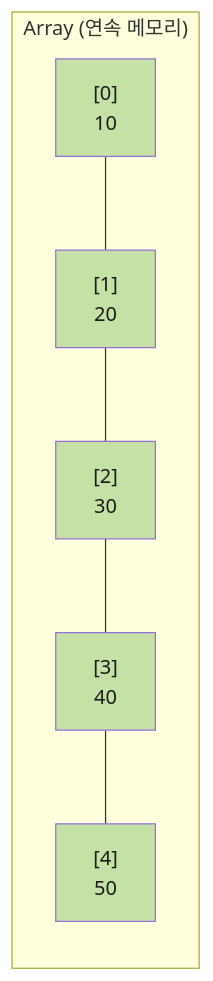
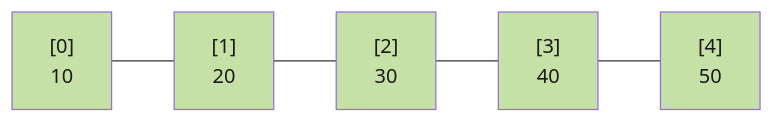
The first of 8 diagrams in apps/devblog/content/posts/array-linkedlist.mdx (Cllaude99/cllaude99_labs), drawn with Mermaid before and after one commit. The commit also changed other lines of this file, not shown here.

Commit message:
chore: 머메이드 가로축으로 수정

````diff
--- a/apps/devblog/content/posts/array-linkedlist.mdx
+++ b/apps/devblog/content/posts/array-linkedlist.mdx
@@ -17,12 +17,10 @@
 ```mermaid
 graph LR
-    subgraph Array["Array (연속 메모리)"]
-        A0["[0]<br/>10"] --- A1["[1]<br/>20"] --- A2["[2]<br/>30"] --- A3["[3]<br/>40"] --- A4["[4]<br/>50"]
-    end
+    A0["[0]<br/>10"] --- A1["[1]<br/>20"] --- A2["[2]<br/>30"] --- A3["[3]<br/>40"] --- A4["[4]<br/>50"]
 
     style A0 fill:#c5e1a5,color:#1a1a1a
     style A1 fill:#c5e1a5,color:#1a1a1a
     style A2 fill:#c5e1a5,color:#1a1a1a
     style A3 fill:#c5e1a5,color:#1a1a1a
     style A4 fill:#c5e1a5,color:#1a1a1a
 ```
````
